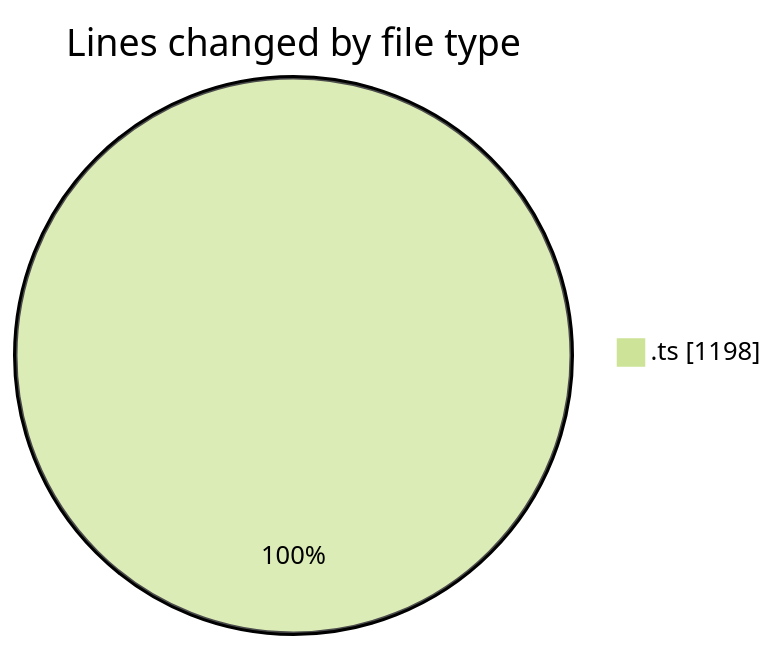
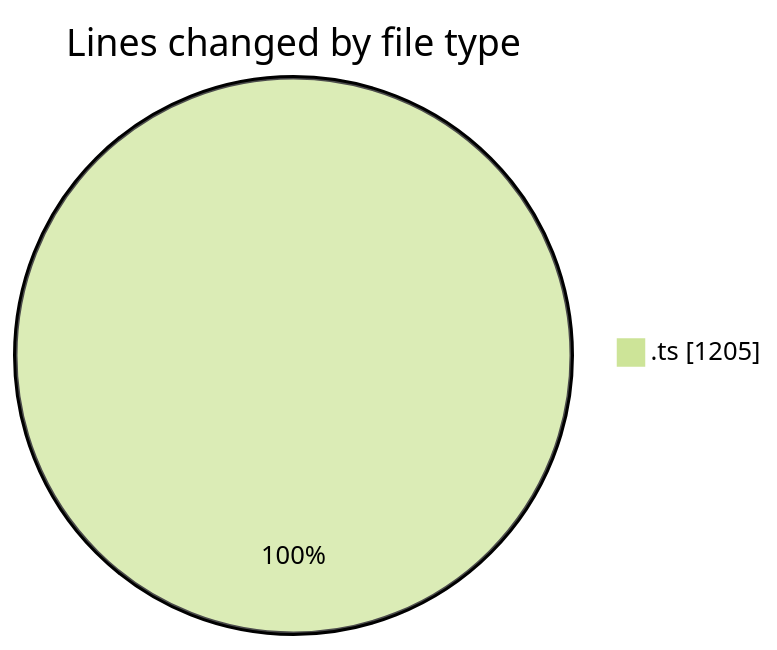
Before and after one commit to momahboobian/code-tracking: the first of 2 diagrams in 2025-06-24/cda/README.md, drawn with Mermaid (forest theme). The commit also changed other lines of this file and 1 other file, not shown here.

````diff
--- a/2025-06-24/cda/README.md
+++ b/2025-06-24/cda/README.md
@@ -21,5 +21,5 @@
 ```mermaid
 pie showData
 title Lines changed by file type
-".ts" : 1198
+".ts" : 1205
 ```
````
